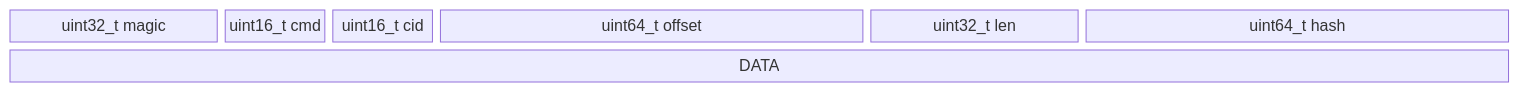
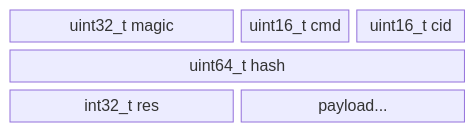
Before and after one commit to rawstor/librawstor: the second of 15 diagrams in docs/protocol.md, drawn with Mermaid. The commit also changed other lines of this file and 2 other files, not shown here.

````diff
--- a/docs/protocol.md
+++ b/docs/protocol.md
@@ -39,6 +78,7 @@
 ```mermaid
 block-beta
-  columns 14
-  0["uint32_t magic"]:2 a["uint16_t cmd"]:1 aa["uint16_t cid"]:1 b["uint64_t offset"]:4 c["uint32_t len"]:2 d["uint64_t hash"]:4
-  cc["DATA"]:14
+  columns 8
+  magic["uint32_t magic"]:4 cmd["uint16_t cmd"]:2 cid["uint16_t cid"]:2
+  hash["uint64_t hash"]:8
+  res["int32_t res"]:4 payload["payload..."]:4
 ```
````
